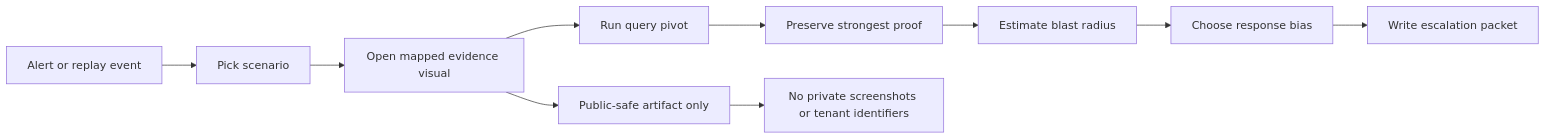
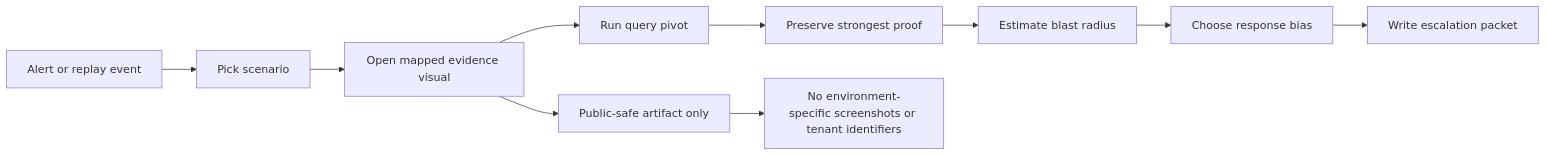
One commit to Kalla-Bhanu/CloudSec-SOC-Detection-Lab changed the fourth of 5 diagrams in docs/architecture-and-flowcharts.md. Above: the diagram before and after it, drawn with Mermaid. The commit also changed other lines of this file and 67 other files, not shown here.

````diff
--- a/docs/architecture-and-flowcharts.md
+++ b/docs/architecture-and-flowcharts.md
@@ -91,13 +91,13 @@
 ```mermaid
 flowchart LR
   A[Alert or replay event] --> B[Pick scenario]
   B --> C[Open mapped evidence visual]
   C --> D[Run query pivot]
   D --> E[Preserve strongest proof]
   E --> F[Estimate blast radius]
   F --> G[Choose response bias]
   G --> H[Write escalation packet]
 
   C --> I[Public-safe artifact only]
-  I --> J[No private screenshots or tenant identifiers]
+  I --> J[No environment-specific screenshots or tenant identifiers]
 ```
````
